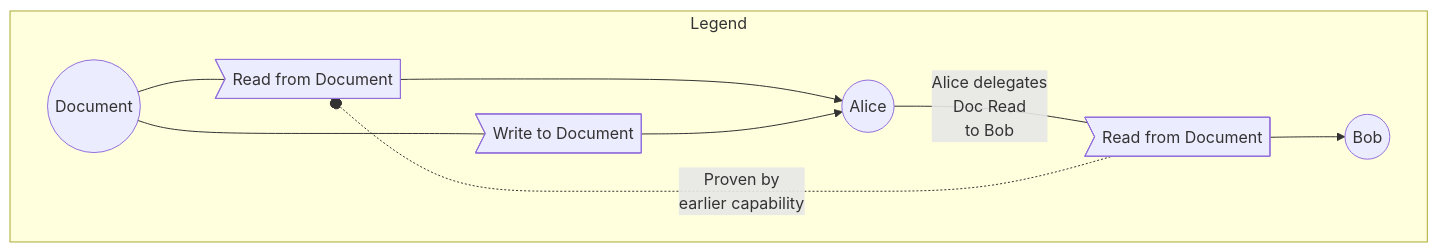
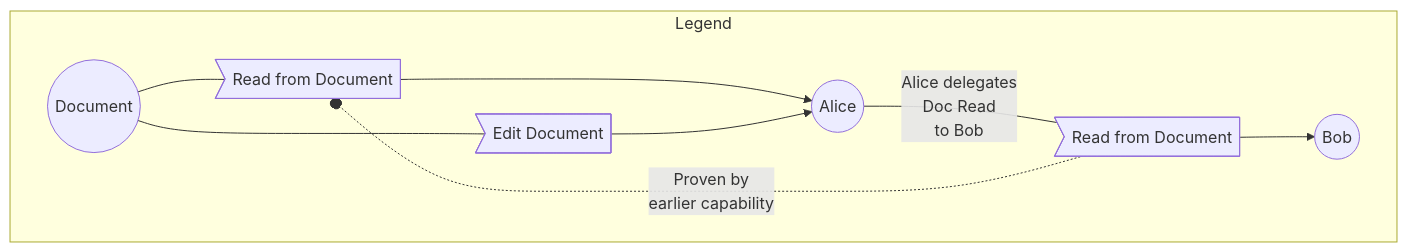
Before and after one commit to inkandswitch/keyhive: the diagram in design/convergent_capabilities.md, drawn with Mermaid. The commit also changed other lines of this file and 13 other files, not shown here.

Commit message:
Rename `Pull -> Relay`, `Write -> Edit` (#179)

````diff
--- a/design/convergent_capabilities.md
+++ b/design/convergent_capabilities.md
@@ -16,20 +16,20 @@
 ```mermaid
 flowchart
     subgraph Legend
         doc(("Document"))
-        capRW>"Write to Document"]
+        capRW>"Edit Document"]
         capRR>"Read from Document"]
 
         alice(("Alice"))
         bob(("Bob"))
 
         abRR>Read from Document]
     end
 
     doc --- capRR ---> alice
     doc --- capRW --> alice
 
     abRR -.-o|"Proven by<br>earlier capability"| capRR
 
     alice ---|Alice delegates<br>Doc Read<br>to Bob| abRR --> bob
 ```
````
